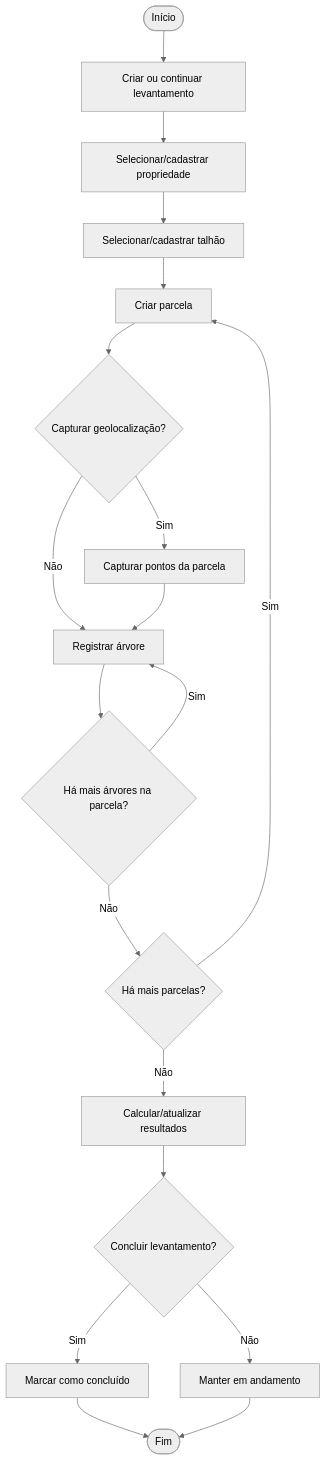
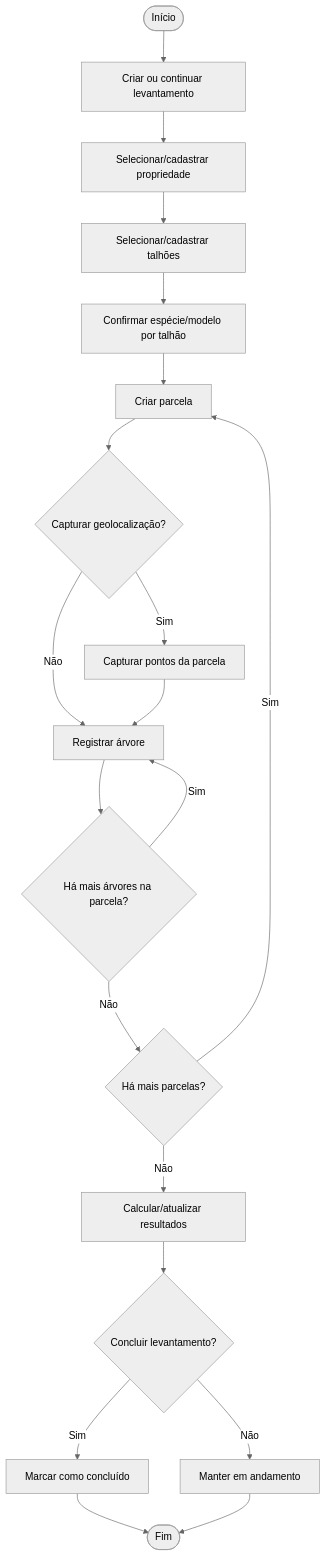
The sixth of 10 diagrams in tcc_codex_context/docs/ENGINEERING_MODELS.md (mateushernandes10-droid/dendro_mobile), drawn with Mermaid (neutral theme) before and after one commit. The commit also changed other lines of this file and 40 other files, not shown here.

````diff
--- a/tcc_codex_context/docs/ENGINEERING_MODELS.md
+++ b/tcc_codex_context/docs/ENGINEERING_MODELS.md
@@ -549,37 +673,39 @@
 ```mermaid
 flowchart TD
     START([Início])
     CREATE["Criar ou continuar levantamento"]
     SELECT_PROP["Selecionar/cadastrar propriedade"]
-    SELECT_STAND["Selecionar/cadastrar talhão"]
+    SELECT_STAND["Selecionar/cadastrar talhões"]
+    CONFIRM_MODEL["Confirmar espécie/modelo por talhão"]
     CREATE_PLOT["Criar parcela"]
     GEO_DECISION{"Capturar geolocalização?"}
     CAPTURE_POINTS["Capturar pontos da parcela"]
     ADD_TREE["Registrar árvore"]
     MORE_TREES{"Há mais árvores na parcela?"}
     MORE_PLOTS{"Há mais parcelas?"}
     CALCULATE["Calcular/atualizar resultados"]
     CLOSE_DECISION{"Concluir levantamento?"}
     CLOSE["Marcar como concluído"]
     SAVE_OPEN["Manter em andamento"]
     END([Fim])
 
     START --> CREATE
     CREATE --> SELECT_PROP
     SELECT_PROP --> SELECT_STAND
-    SELECT_STAND --> CREATE_PLOT
+    SELECT_STAND --> CONFIRM_MODEL
+    CONFIRM_MODEL --> CREATE_PLOT
     CREATE_PLOT --> GEO_DECISION
     GEO_DECISION -- Sim --> CAPTURE_POINTS
     GEO_DECISION -- Não --> ADD_TREE
     CAPTURE_POINTS --> ADD_TREE
     ADD_TREE --> MORE_TREES
     MORE_TREES -- Sim --> ADD_TREE
     MORE_TREES -- Não --> MORE_PLOTS
     MORE_PLOTS -- Sim --> CREATE_PLOT
     MORE_PLOTS -- Não --> CALCULATE
     CALCULATE --> CLOSE_DECISION
     CLOSE_DECISION -- Sim --> CLOSE
     CLOSE_DECISION -- Não --> SAVE_OPEN
     CLOSE --> END
     SAVE_OPEN --> END
 ```
````
